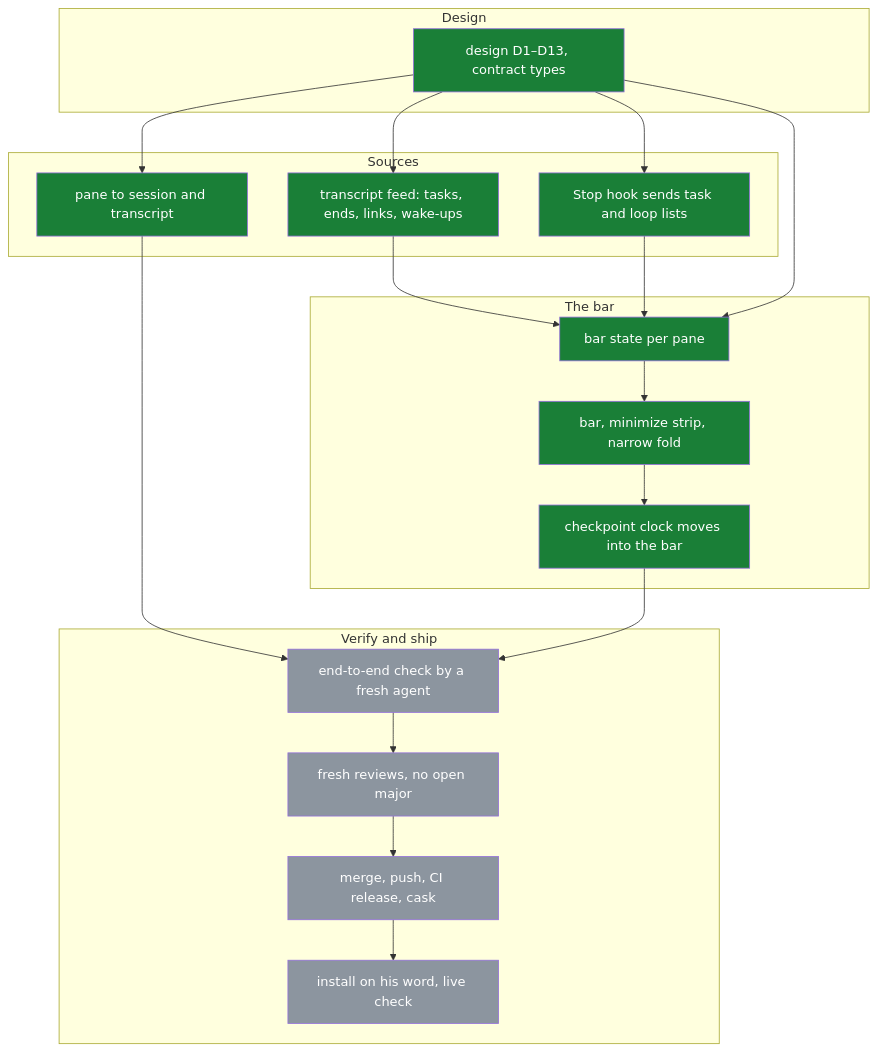
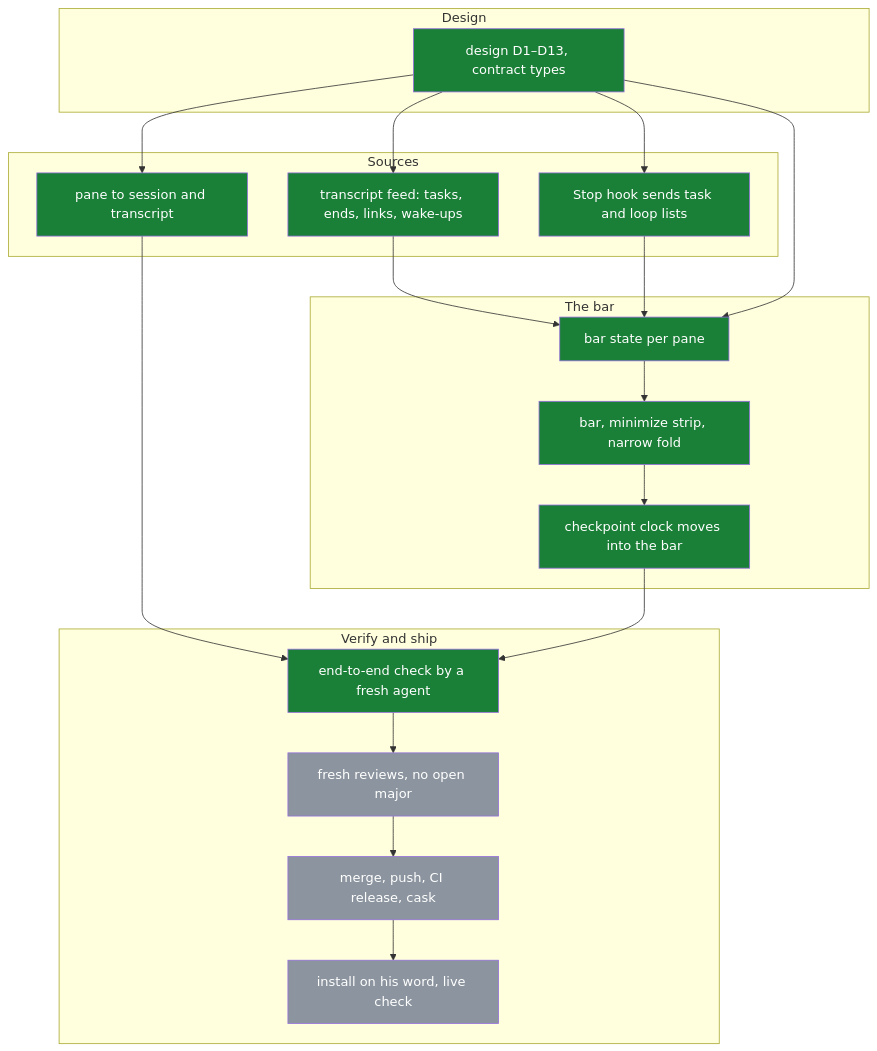
Before and after one commit to michaeljryoung/patton: the diagram in docs/session-bar.md, drawn with Mermaid. The commit also changed other lines of this file and 1 other file, not shown here.

Commit message:
Session bar: bar_e2e done (57 ok), D6 Office files; tab-groups check stubs the session feed's promise-returning watch

````diff
--- a/docs/session-bar.md
+++ b/docs/session-bar.md
@@ -10,41 +10,41 @@
 ```mermaid
 flowchart TD
   subgraph D["Design"]
     bar_design[design D1–D13, contract types]:::done
   end
   subgraph S["Sources"]
     session_link[pane to session and transcript]:::done
     transcript_feed[transcript feed: tasks, ends, links, wake-ups]:::done
     hook_lists[Stop hook sends task and loop lists]:::done
   end
   subgraph B["The bar"]
     bar_model[bar state per pane]:::done
     bar_ui[bar, minimize strip, narrow fold]:::done
     ckpt_move[checkpoint clock moves into the bar]:::done
   end
   subgraph V["Verify and ship"]
-    bar_e2e[end-to-end check by a fresh agent]:::todo
+    bar_e2e[end-to-end check by a fresh agent]:::done
     bar_review[fresh reviews, no open major]:::todo
     bar_release[merge, push, CI release, cask]:::todo
     bar_ship[install on his word, live check]:::todo
   end
   bar_design --> session_link
   bar_design --> transcript_feed
   bar_design --> hook_lists
   bar_design --> bar_model
   session_link --> bar_e2e
   transcript_feed --> bar_model
   hook_lists --> bar_model
   bar_model --> bar_ui
   bar_ui --> ckpt_move
   ckpt_move --> bar_e2e
   bar_e2e --> bar_review
   bar_review --> bar_release
   bar_release --> bar_ship
   classDef done fill:#1a7f37,color:#fff
   classDef live fill:#0969da,color:#fff
   classDef todo fill:#8c959f,color:#fff
   classDef blocked fill:#cf222e,color:#fff
   classDef dropped fill:#eaeef2,color:#57606a
   classDef superseded fill:#eaeef2,color:#57606a
 ```
````
